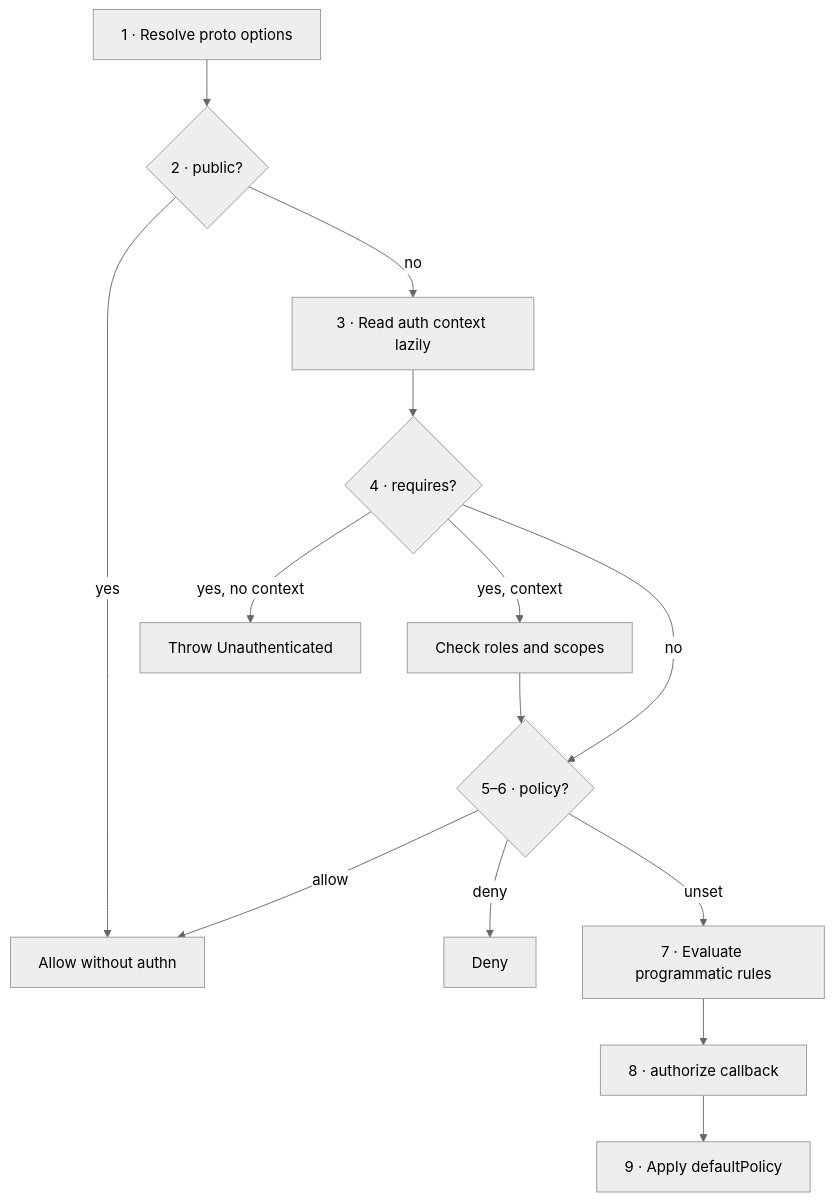
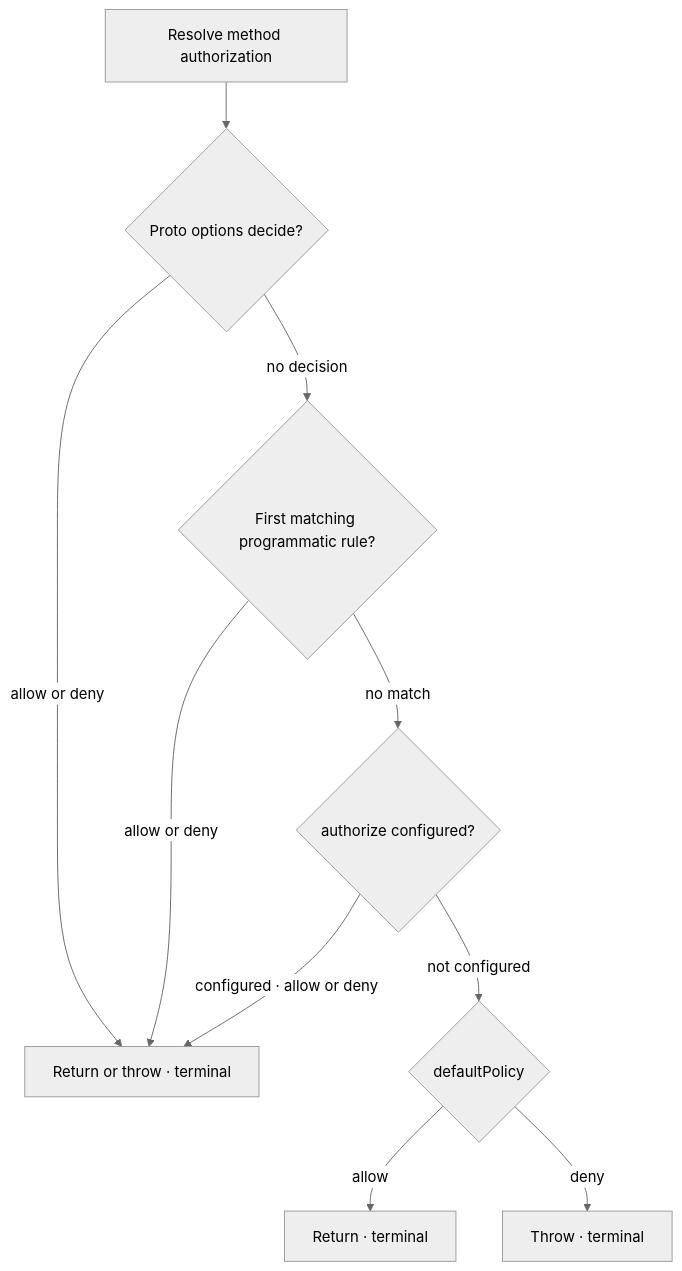
The first of 4 diagrams in en/contributing/adr/024-auth-authz-strategy.md (Connectum-Framework/docs), drawn with Mermaid (neutral theme) before and after one commit. The commit also changed other lines of this file and 93 other files, not shown here.

````diff
--- a/en/contributing/adr/024-auth-authz-strategy.md
+++ b/en/contributing/adr/024-auth-authz-strategy.md
@@ -210,16 +216,12 @@
 ```mermaid
 flowchart TD
-    Resolve["1 · Resolve proto options"] --> Public{"2 · public?"}
-    Public -->|yes| Allow[Allow without authn]
-    Public -->|no| Context["3 · Read auth context lazily"]
-    Context --> Requires{"4 · requires?"}
-    Requires -->|yes, no context| Unauthenticated[Throw Unauthenticated]
-    Requires -->|yes, context| Check[Check roles and scopes]
-    Requires -->|no| Policy{"5–6 · policy?"}
-    Check --> Policy
-    Policy -->|allow| Allow
-    Policy -->|deny| Deny[Deny]
-    Policy -->|unset| Rules["7 · Evaluate programmatic rules"]
-    Rules --> Callback["8 · authorize callback"]
-    Callback --> Default["9 · Apply defaultPolicy"]
+    Start[Resolve method authorization] --> Proto{Proto options decide?}
+    Proto -->|allow or deny| Done[Return or throw · terminal]
+    Proto -->|no decision| Rule{First matching programmatic rule?}
+    Rule -->|allow or deny| Done
+    Rule -->|no match| Callback{authorize configured?}
+    Callback -->|configured · allow or deny| Done
+    Callback -->|not configured| Default{defaultPolicy}
+    Default -->|allow| Allow[Return · terminal]
+    Default -->|deny| Deny[Throw · terminal]
 ```
````
